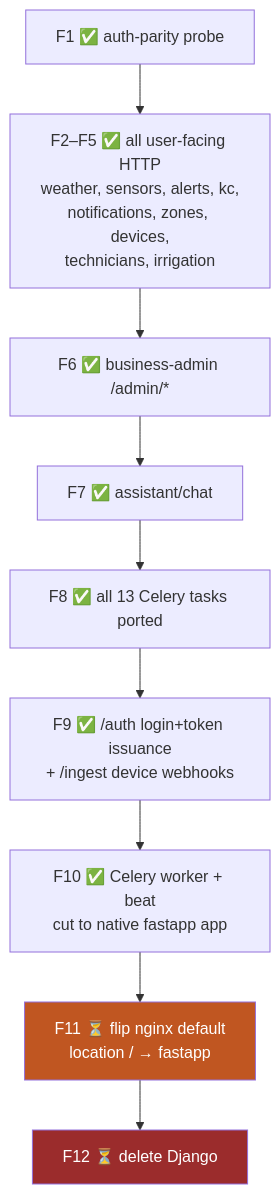
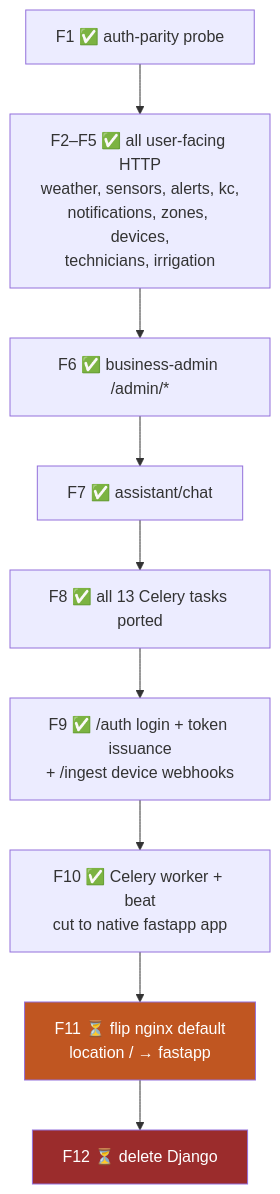
The fourth of 10 diagrams in ARCHITECTURE.md (AgriLogy/.github), drawn with Mermaid before and after one commit. The commit also changed other lines of this file and 1 other file, not shown here.

First line of the commit message:
docs: refresh ARCHITECTURE.md and add CONTRIBUTING.md (#5)

````diff
--- a/ARCHITECTURE.md
+++ b/ARCHITECTURE.md
@@ -114,14 +157,14 @@
 ```mermaid
 flowchart TB
     F1["F1 ✅ auth-parity probe"] --> F2["F2–F5 ✅ all user-facing HTTP<br/>weather, sensors, alerts, kc,<br/>notifications, zones, devices,<br/>technicians, irrigation"]
     F2 --> F6["F6 ✅ business-admin /admin/*"]
     F6 --> F7["F7 ✅ assistant/chat"]
     F7 --> F8["F8 ✅ all 13 Celery tasks ported"]
-    F8 --> F9["F9 ✅ /auth login+token issuance<br/>+ /ingest device webhooks"]
+    F8 --> F9["F9 ✅ /auth login + token issuance<br/>+ /ingest device webhooks"]
     F9 --> F10["F10 ✅ Celery worker + beat<br/>cut to native fastapp app"]
     F10 --> F11["F11 ⏳ flip nginx default<br/>location / → fastapp"]
     F11 --> F12["F12 ⏳ delete Django"]
 
     style F11 fill:#c05621,color:#fff
     style F12 fill:#9b2c2c,color:#fff
 ```
````
